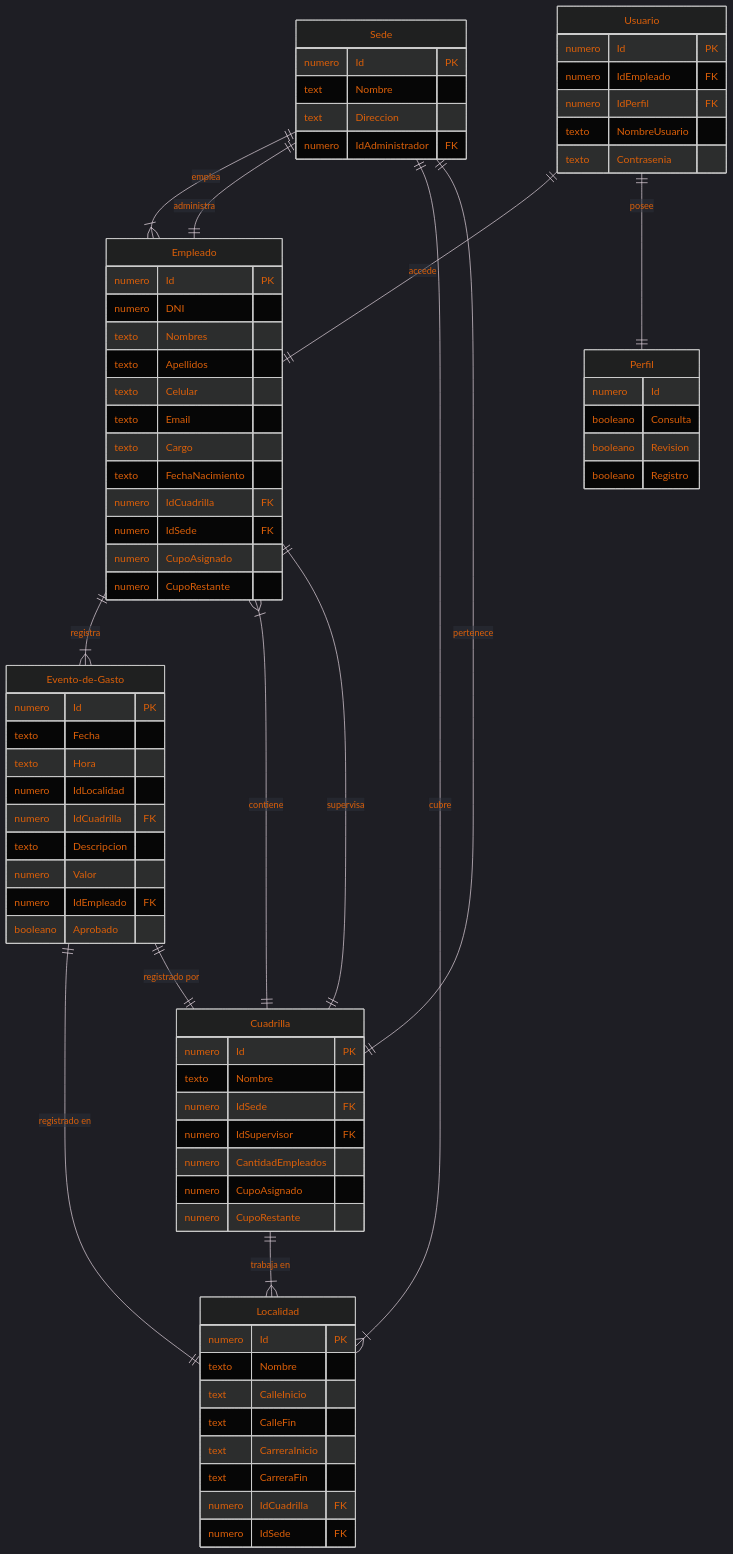
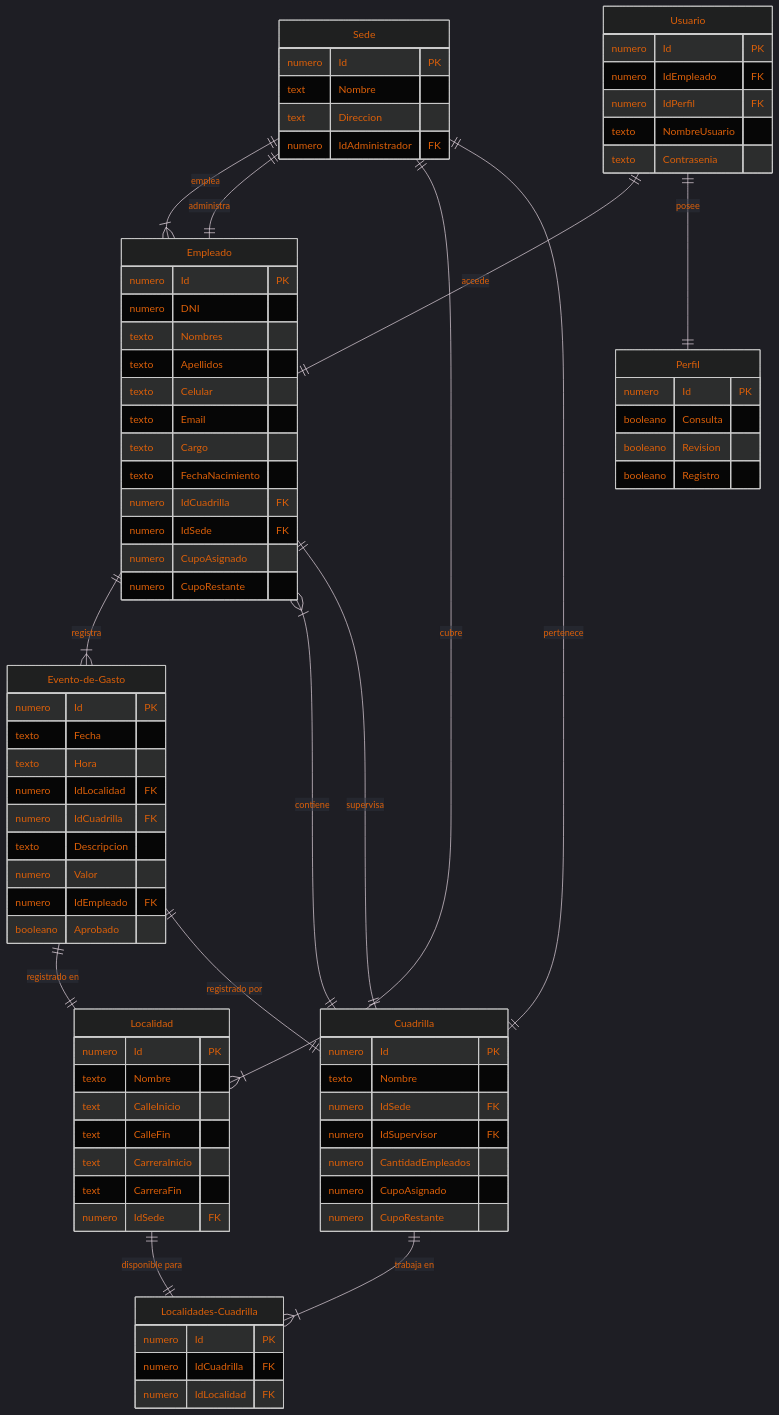
Before and after one commit to sfelipehh/ProgramacionAplicada: the third of 3 diagrams in README.md, drawn with Mermaid. The commit also changed other lines of this file, not shown here.

```diff
--- a/README.md
+++ b/README.md
@@ -98,7 +100,7 @@
     Sede ||--|{ Localidad : cubre
     
     Cuadrilla ||--|| Sede : pertenece
-    Cuadrilla ||--|{ Localidad : "trabaja en"
+    Cuadrilla ||--|{ Localidades-Cuadrilla : "trabaja en"
     Cuadrilla ||--|{ Empleado : contiene
     Cuadrilla ||--|| Empleado : supervisa
     
@@ -110,6 +112,8 @@
     Usuario ||--|| Empleado : accede
     Usuario ||--|| Perfil : posee
     
+    Localidad ||--|| Localidades-Cuadrilla : "disponible para"
+    
     Usuario {
         numero Id PK
         numero IdEmpleado FK
@@ -119,7 +123,7 @@
     }
     
     Perfil {
-        numero Id
+        numero Id PK
         booleano Consulta
         booleano Revision
         booleano Registro
@@ -140,8 +144,13 @@
         text CalleFin
         text CarreraInicio
         text CarreraFin
+        numero IdSede FK
+    }
+    
+    Localidades-Cuadrilla {
+        numero Id PK
         numero IdCuadrilla FK
-        numero IdSede FK
+        numero IdLocalidad FK
     }
     
     Cuadrilla {
@@ -173,7 +182,7 @@
         numero Id PK
         texto Fecha
         texto Hora
-        numero IdLocalidad
+        numero IdLocalidad FK
         numero IdCuadrilla FK
         texto Descripcion
         numero Valor
```
